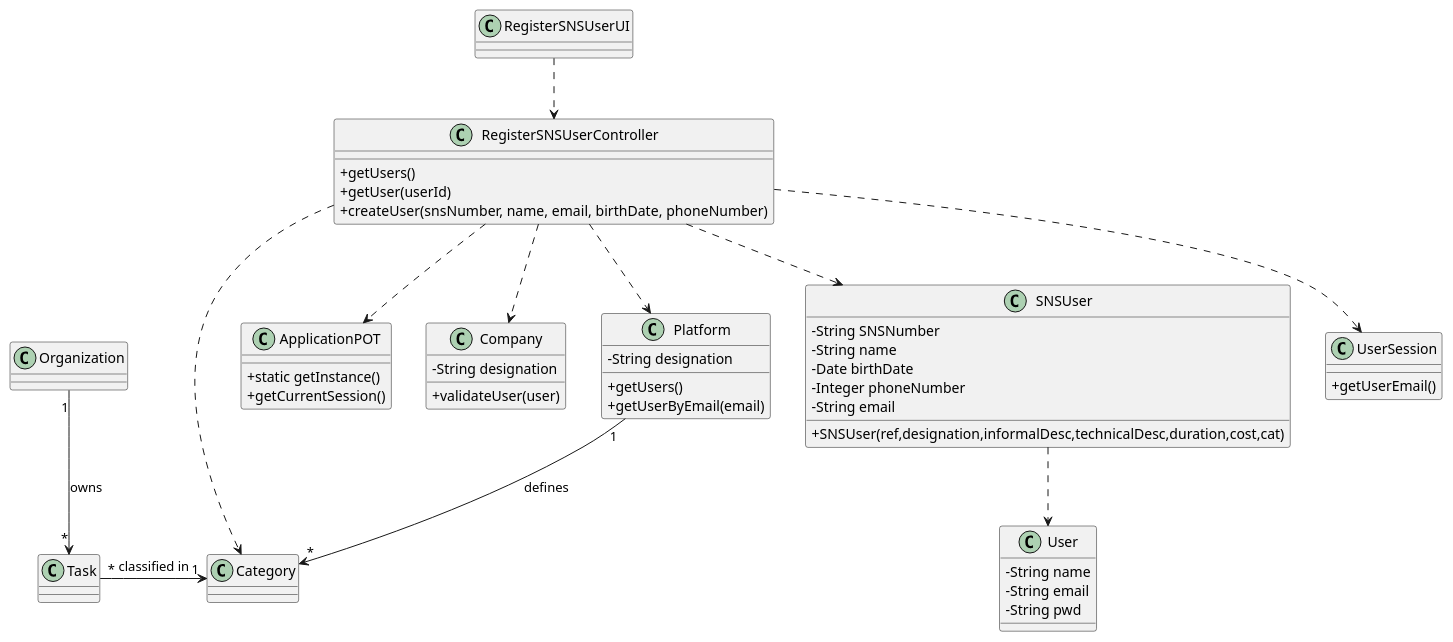
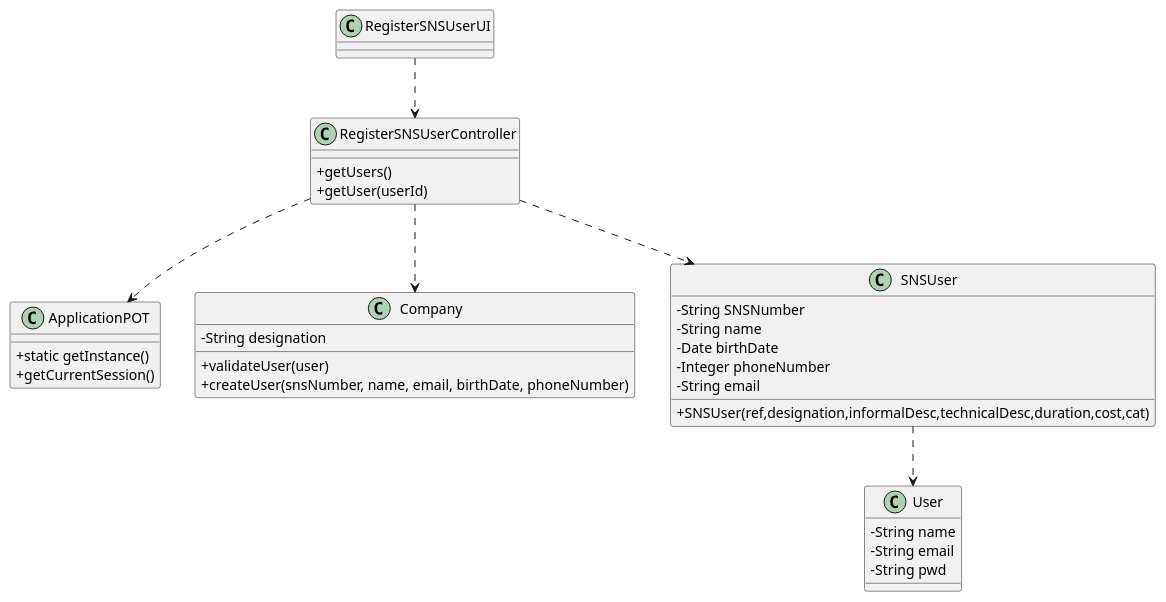
One commit to miseEnPlace-i/lapr2 changed the diagram in docs/SprintB/US03/CD/US03_CD.puml. Above: the diagram before and after it, drawn with PlantUML. The commit also changed 1 other file, not shown here.

```diff
--- a/docs/SprintB/US03/CD/US03_CD.puml
+++ b/docs/SprintB/US03/CD/US03_CD.puml
@@ -1,62 +1,50 @@
 @startuml Class Diagram
 skinparam classAttributeIconSize 0
 
 class ApplicationPOT {
   + static getInstance()
   + getCurrentSession()
 }
 
 class Company {
   - String designation
   + validateUser(user)
-}
-
-class Platform {
-  - String designation
-  + getUsers()
-  + getUserByEmail(email)
+  + createUser(snsNumber, name, email, birthDate, phoneNumber)
 }
 
 class RegisterSNSUserController {
   + getUsers()
   + getUser(userId)
-  + createUser(snsNumber, name, email, birthDate, phoneNumber)
 }
 
 class RegisterSNSUserUI { }
 
 class SNSUser {
   - String SNSNumber
   - String name
   - Date birthDate
   - Integer phoneNumber
   - String email
   + SNSUser(ref,designation,informalDesc,technicalDesc,duration,cost,cat)
 }
 
 class User {
   - String name
   - String email
   - String pwd
 }
 
-class UserSession {
-  + getUserEmail()
-}
+' class UserSession {
+'   + getUserEmail()
+' }
 
 RegisterSNSUserController ..> ApplicationPOT
-RegisterSNSUserController ..> Category
 RegisterSNSUserController ..> Company
-RegisterSNSUserController ..> Platform
 RegisterSNSUserController ..> SNSUser
-RegisterSNSUserController ..> UserSession
+' RegisterSNSUserController ..> UserSession
 
 RegisterSNSUserUI ..> RegisterSNSUserController
 
 SNSUser ..> User
 
-Task "*" -> "1" Category : classified in
-Platform "1" --> "*" Category : defines
-Organization "1" --> "*" Task : owns
-
 @enduml
```
